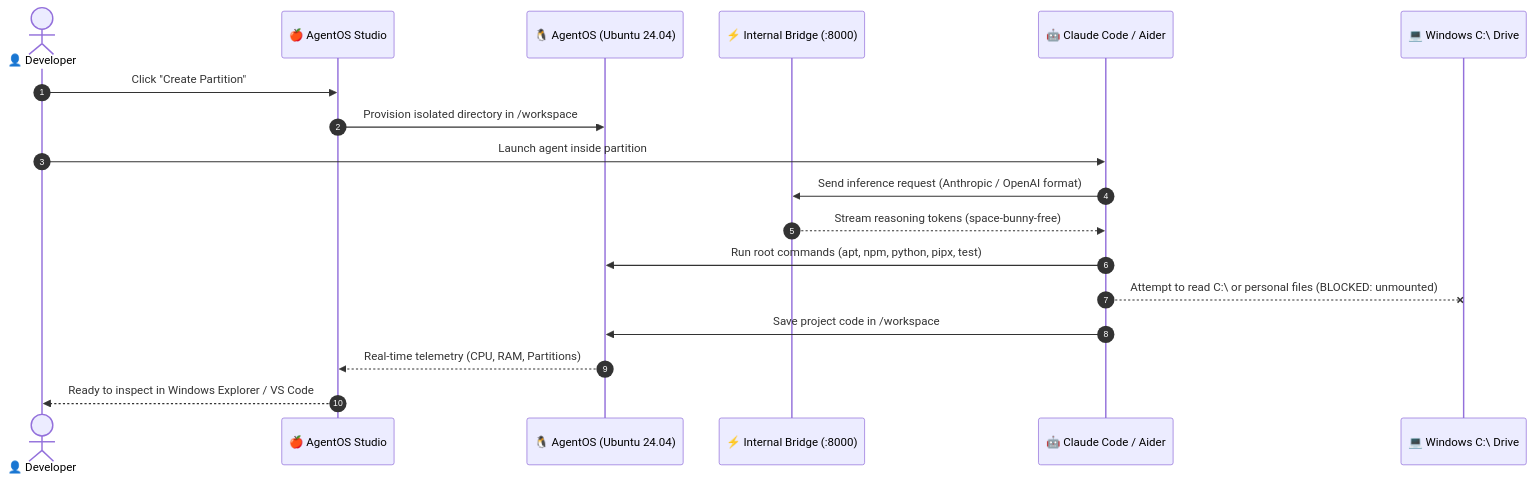
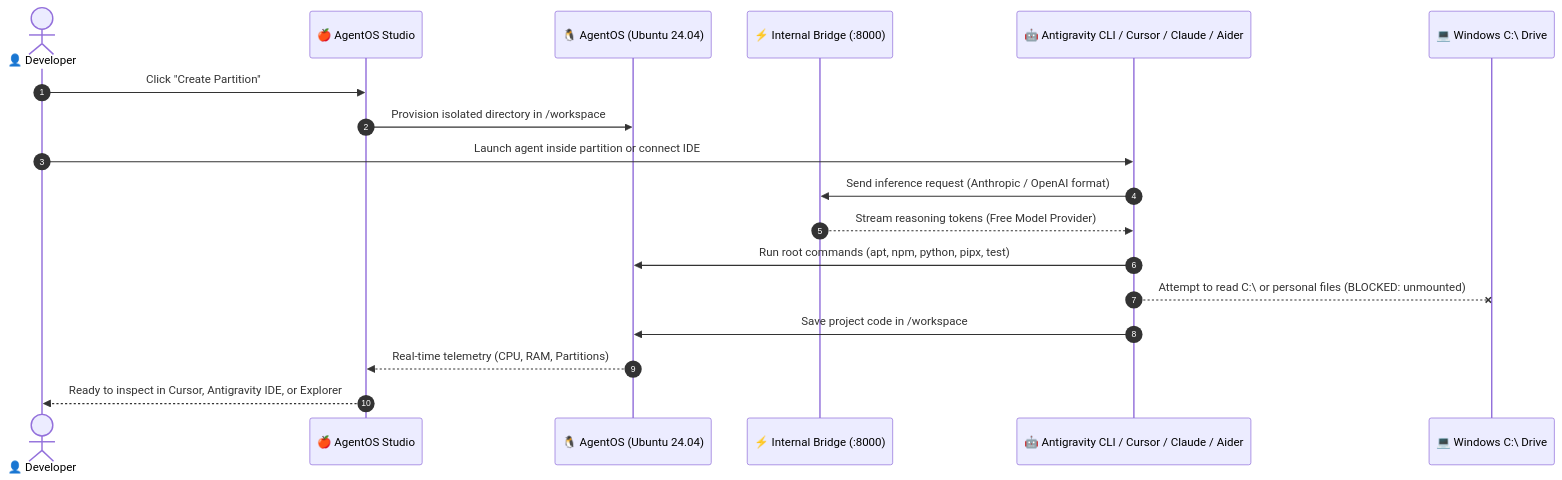
Before and after one commit to Developer-For-Git/AgentOS-Studio: the second of 2 diagrams in README.md, drawn with Mermaid. The commit also changed other lines of this file and 1 other file, not shown here.

Commit message:
docs: generalize free model providers, add Cursor Pro, Kilo Code, Antigravity IDE and Antigravity CLI support

````diff
--- a/README.md
+++ b/README.md
@@ -99,21 +99,21 @@
 ```mermaid
 sequenceDiagram
     autonumber
     actor Dev as 👤 Developer
     participant Studio as 🍎 AgentOS Studio
     participant SubOS as 🐧 AgentOS (Ubuntu 24.04)
     participant Bridge as ⚡ Internal Bridge (:8000)
-    participant Agent as 🤖 Claude Code / Aider
+    participant Agent as 🤖 Antigravity CLI / Cursor / Claude / Aider
     participant Host as 💻 Windows C:\ Drive
 
     Dev->>Studio: Click "Create Partition"
     Studio->>SubOS: Provision isolated directory in /workspace
-    Dev->>Agent: Launch agent inside partition
+    Dev->>Agent: Launch agent inside partition or connect IDE
     Agent->>Bridge: Send inference request (Anthropic / OpenAI format)
-    Bridge-->>Agent: Stream reasoning tokens (space-bunny-free)
+    Bridge-->>Agent: Stream reasoning tokens (Free Model Provider)
     Agent->>SubOS: Run root commands (apt, npm, python, pipx, test)
     Agent--xHost: Attempt to read C:\ or personal files (BLOCKED: unmounted)
     Agent->>SubOS: Save project code in /workspace
     SubOS-->>Studio: Real-time telemetry (CPU, RAM, Partitions)
-    Studio-->>Dev: Ready to inspect in Windows Explorer / VS Code
+    Studio-->>Dev: Ready to inspect in Cursor, Antigravity IDE, or Explorer
 ```
````
